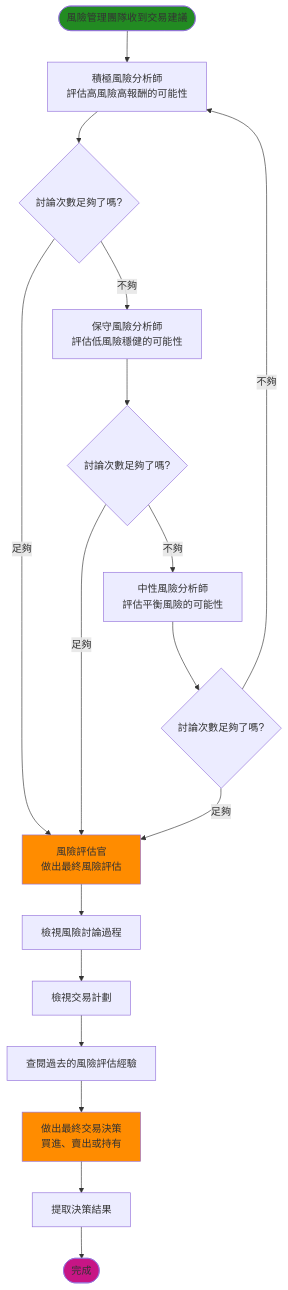
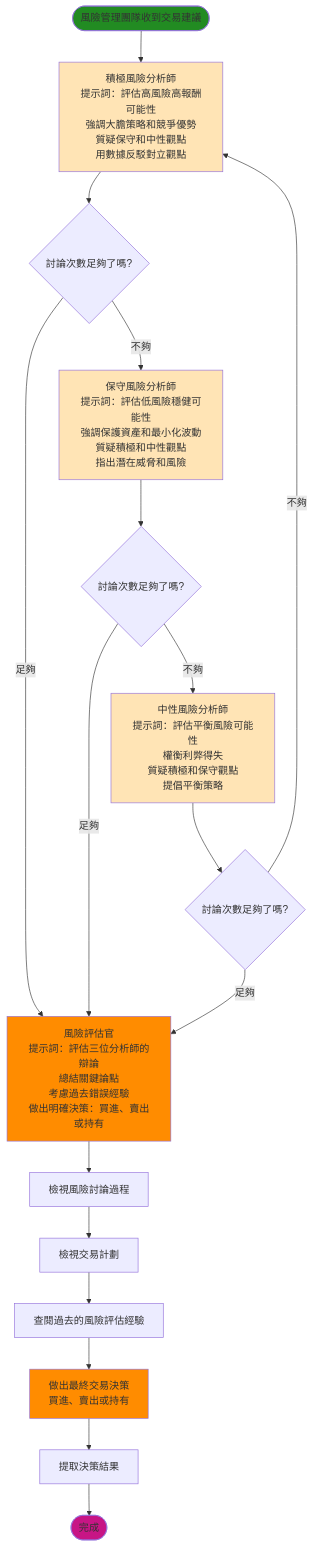
One commit to chitienshih-wq/Git_Test changed the eighth of 9 diagrams in 流程圖_簡化.md. Above: the diagram before and after it, drawn with Mermaid. The commit also changed other lines of this file, not shown here.

````diff
--- a/流程圖_簡化.md
+++ b/流程圖_簡化.md
@@ -203,31 +214,34 @@
 ```mermaid
 flowchart TD
-    Start([風險管理團隊收到交易建議]) --> RiskyAnalyst[積極風險分析師<br/>評估高風險高報酬的可能性]
+    Start([風險管理團隊收到交易建議]) --> RiskyAnalyst[積極風險分析師<br/>提示詞：評估高風險高報酬可能性<br/>強調大膽策略和競爭優勢<br/>質疑保守和中性觀點<br/>用數據反駁對立觀點]
     
     RiskyAnalyst --> CheckRounds{討論次數足夠了嗎?}
     
-    CheckRounds -->|不夠| SafeAnalyst[保守風險分析師<br/>評估低風險穩健的可能性]
-    CheckRounds -->|足夠| RiskJudge[風險評估官<br/>做出最終風險評估]
+    CheckRounds -->|不夠| SafeAnalyst[保守風險分析師<br/>提示詞：評估低風險穩健可能性<br/>強調保護資產和最小化波動<br/>質疑積極和中性觀點<br/>指出潛在威脅和風險]
+    CheckRounds -->|足夠| RiskJudge[風險評估官<br/>提示詞：評估三位分析師的辯論<br/>總結關鍵論點<br/>考慮過去錯誤經驗<br/>做出明確決策：買進、賣出或持有]
     
     SafeAnalyst --> CheckRounds2{討論次數足夠了嗎?}
     
-    CheckRounds2 -->|不夠| NeutralAnalyst[中性風險分析師<br/>評估平衡風險的可能性]
+    CheckRounds2 -->|不夠| NeutralAnalyst[中性風險分析師<br/>提示詞：評估平衡風險可能性<br/>權衡利弊得失<br/>質疑積極和保守觀點<br/>提倡平衡策略]
     CheckRounds2 -->|足夠| RiskJudge
     
     NeutralAnalyst --> CheckRounds3{討論次數足夠了嗎?}
     
     CheckRounds3 -->|不夠| RiskyAnalyst
     CheckRounds3 -->|足夠| RiskJudge
     
     RiskJudge --> ReviewDiscussion[檢視風險討論過程]
     ReviewDiscussion --> ReviewPlan[檢視交易計劃]
     ReviewPlan --> CheckMemory[查閱過去的風險評估經驗]
     CheckMemory --> MakeFinalDecision[做出最終交易決策<br/>買進、賣出或持有]
     MakeFinalDecision --> ExtractDecision[提取決策結果]
     ExtractDecision --> End([完成])
     
     style Start fill:#228B22
     style End fill:#C71585
     style RiskJudge fill:#FF8C00
     style MakeFinalDecision fill:#FF8C00
+    style RiskyAnalyst fill:#FFE4B5
+    style SafeAnalyst fill:#FFE4B5
+    style NeutralAnalyst fill:#FFE4B5
 ```
````
